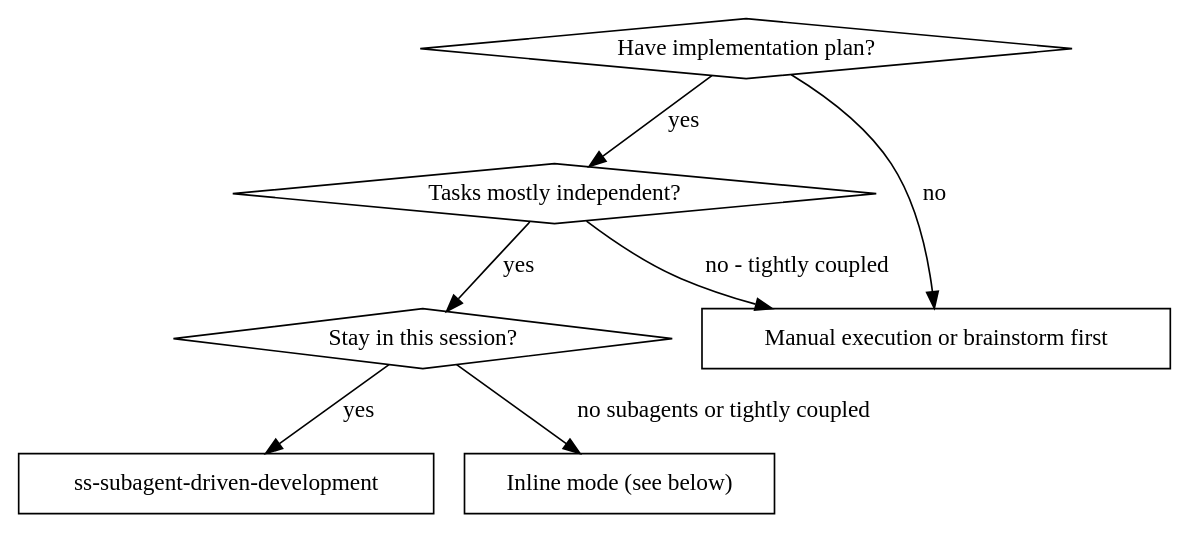
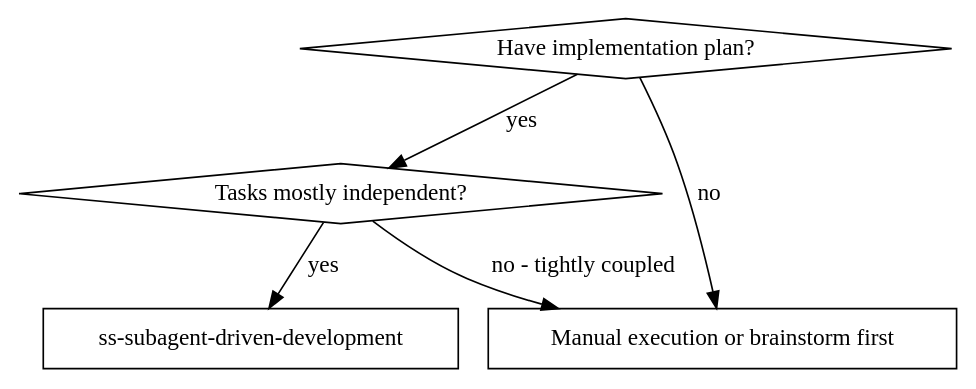
One commit to CoyoteLeo/superspec changed the first of 2 diagrams in skills/ss-subagent-driven-development/SKILL.md. Above: the diagram before and after it, drawn with Graphviz. The commit also changed other lines of this file and 4 other files, not shown here.

Commit message:
feat(skills): make worktree + stacked PRs the default flow, drop inline mode, own the post-PR loop

````diff
--- a/skills/ss-subagent-driven-development/SKILL.md
+++ b/skills/ss-subagent-driven-development/SKILL.md
@@ -20,17 +27,13 @@
 ```dot
 digraph when_to_use {
     "Have implementation plan?" [shape=diamond];
     "Tasks mostly independent?" [shape=diamond];
-    "Stay in this session?" [shape=diamond];
     "ss-subagent-driven-development" [shape=box];
-    "Inline mode (see below)" [shape=box];
     "Manual execution or brainstorm first" [shape=box];
 
     "Have implementation plan?" -> "Tasks mostly independent?" [label="yes"];
     "Have implementation plan?" -> "Manual execution or brainstorm first" [label="no"];
-    "Tasks mostly independent?" -> "Stay in this session?" [label="yes"];
+    "Tasks mostly independent?" -> "ss-subagent-driven-development" [label="yes"];
     "Tasks mostly independent?" -> "Manual execution or brainstorm first" [label="no - tightly coupled"];
-    "Stay in this session?" -> "ss-subagent-driven-development" [label="yes"];
-    "Stay in this session?" -> "Inline mode (see below)" [label="no subagents or tightly coupled"];
 }
 ```
````
